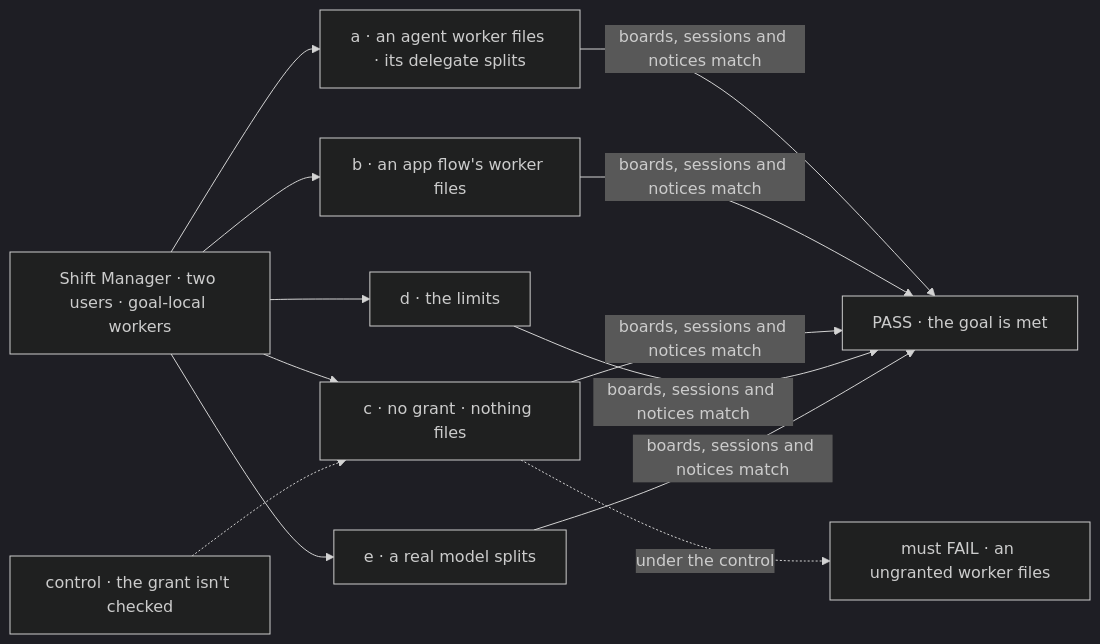
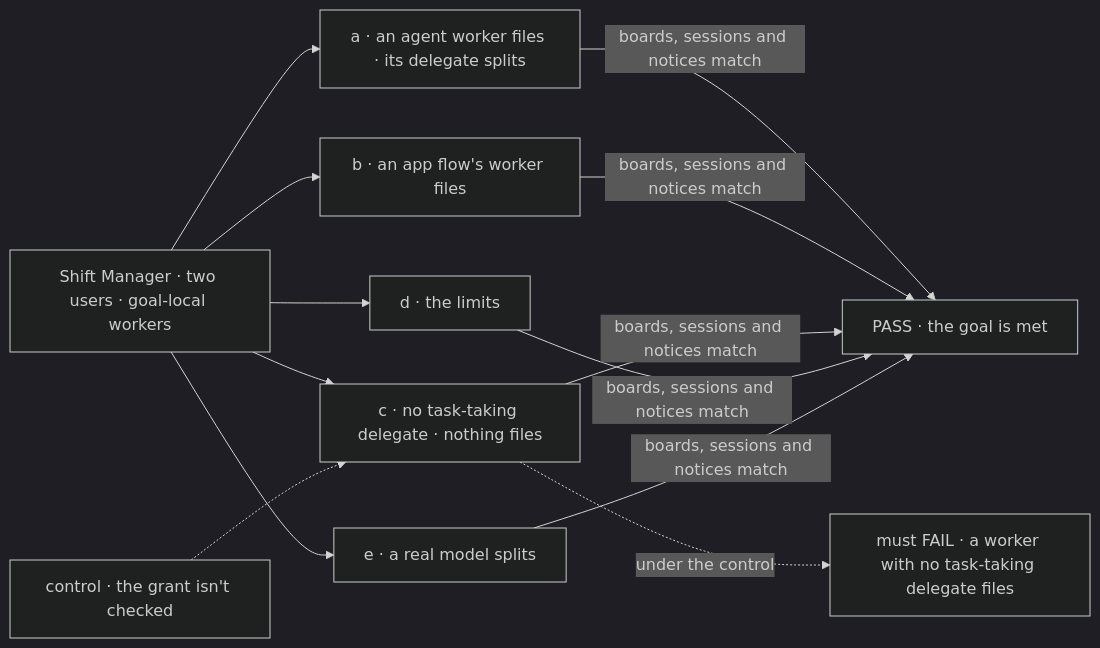
Before and after one commit to fixpoint-labs/flow-state-dev: the first of 2 diagrams in specs/issues/FIX-1802/SPEC.md, drawn with Mermaid (dark theme). The commit also changed other lines of this file and 22 other files, not shown here.

````diff
--- a/specs/issues/FIX-1802/SPEC.md
+++ b/specs/issues/FIX-1802/SPEC.md
@@ -34,11 +36,11 @@
 ```mermaid
 flowchart LR
   A["Shift Manager · two users · goal-local workers"] --> L1["a · an agent worker files · its delegate splits"]
   A --> L2["b · an app flow's worker files"]
-  A --> L3["c · no grant · nothing files"]
+  A --> L3["c · no task-taking delegate · nothing files"]
   A --> L4["d · the limits"]
   A --> L5["e · a real model splits"]
   L1 & L2 & L3 & L4 & L5 -->|"boards, sessions and notices match"| P["PASS · the goal is met"]
   C["control · the grant isn't checked"] -.-> L3
-  L3 -.->|"under the control"| F["must FAIL · an ungranted worker files"]
+  L3 -.->|"under the control"| F["must FAIL · a worker with no task-taking delegate files"]
 ```
````
